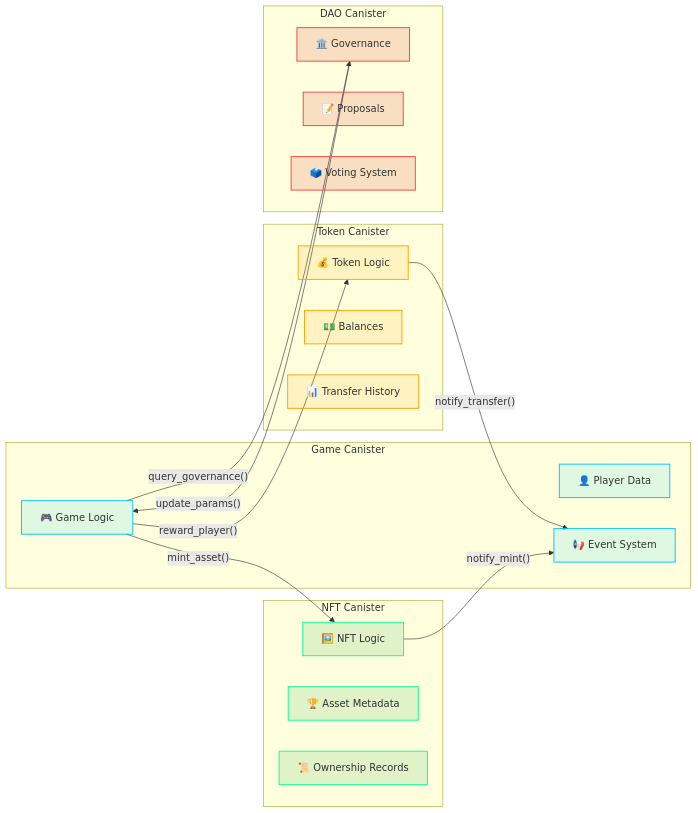
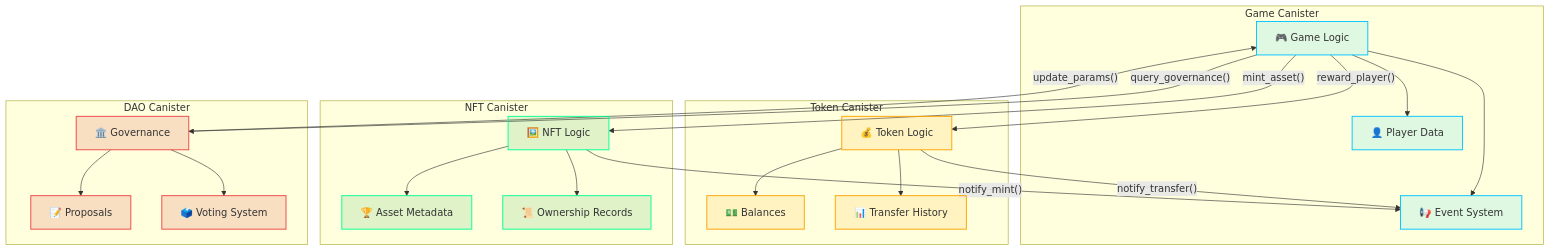
One commit to cosmicrafts/cosmicrafts-dao changed the third of 6 diagrams in src/frontend/src/assets/markdown/en/architecture.md. Above: the diagram before and after it, drawn with Mermaid. The commit also changed other lines of this file and 1 other file, not shown here.

Commit message:
mermaids #3

````diff
--- a/src/frontend/src/assets/markdown/en/architecture.md
+++ b/src/frontend/src/assets/markdown/en/architecture.md
@@ -318,46 +336,77 @@
 ```mermaid
-flowchart LR
-    subgraph "Game Canister"
-        GameLogic["🎮 Game Logic"]
-        PlayerData["👤 Player Data"]
-        Events["📢 Event System"]
-    end
+flowchart TD
+    %% Game Canister nodes
+    GameLogic["🎮 Game Logic"]
+    PlayerData["👤 Player Data"]
+    Events["📢 Event System"]
     
-    subgraph "Token Canister"
-        TokenLogic["💰 Token Logic"]
-        Balances["💵 Balances"]
-        Transfers["📊 Transfer History"]
-    end
+    %% Token Canister nodes
+    TokenLogic["💰 Token Logic"]
+    Balances["💵 Balances"]
+    Transfers["📊 Transfer History"]
     
-    subgraph "NFT Canister"
-        NFTLogic["🖼️ NFT Logic"]
-        Assets["🏆 Asset Metadata"]
-        Ownership["📜 Ownership Records"]
-    end
+    %% NFT Canister nodes
+    NFTLogic["🖼️ NFT Logic"]
+    Assets["🏆 Asset Metadata"]
+    Ownership["📜 Ownership Records"]
     
-    subgraph "DAO Canister"
-        Governance["🏛️ Governance"]
-        Proposals["📝 Proposals"]
-        Voting["🗳️ Voting System"]
-    end
+    %% DAO Canister nodes
+    Governance["🏛️ Governance"]
+    Proposals["📝 Proposals"]
+    Voting["🗳️ Voting System"]
     
+    %% Internal connections
+    GameLogic --> PlayerData
+    GameLogic --> Events
+    TokenLogic --> Balances
+    TokenLogic --> Transfers
+    NFTLogic --> Assets
+    NFTLogic --> Ownership
+    Governance --> Proposals
+    Governance --> Voting
+    
+    %% Cross-canister connections
     GameLogic -->|"reward_player()"| TokenLogic
     GameLogic -->|"mint_asset()"| NFTLogic
     GameLogic -->|"query_governance()"| Governance
-    
     TokenLogic -->|"notify_transfer()"| Events
     NFTLogic -->|"notify_mint()"| Events
-    
     Governance -->|"update_params()"| GameLogic
     
-    %% Styling classes - simplified for better aesthetics
+    %% Subgraph definitions
+    subgraph GameCanister["Game Canister"]
+        GameLogic
+        PlayerData
+        Events
+    end
+    
+    subgraph TokenCanister["Token Canister"]
+        TokenLogic
+        Balances
+        Transfers
+    end
+    
+    subgraph NFTCanister["NFT Canister"]
+        NFTLogic
+        Assets
+        Ownership
+    end
+    
+    subgraph DAOCanister["DAO Canister"]
+        Governance
+        Proposals
+        Voting
+    end
+    
+    %% Styling classes for visual distinction
     classDef gameCanister fill:#00c3ff20,stroke:#00c3ff,stroke-width:1.5px
     classDef tokenCanister fill:#ffa20020,stroke:#ffa200,stroke-width:1.5px
     classDef nftCanister fill:#00993320,stroke:#00ff95,stroke-width:1.5px
     classDef daoCanister fill:#cc000020,stroke:#ef4444,stroke-width:1.5px
     
+    %% Apply styles to nodes
     class GameLogic,PlayerData,Events gameCanister
     class TokenLogic,Balances,Transfers tokenCanister
     class NFTLogic,Assets,Ownership nftCanister
     class Governance,Proposals,Voting daoCanister
 ```
````
